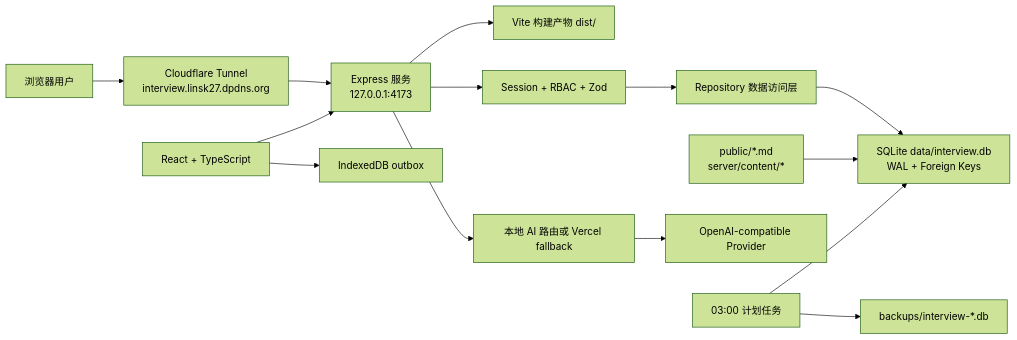
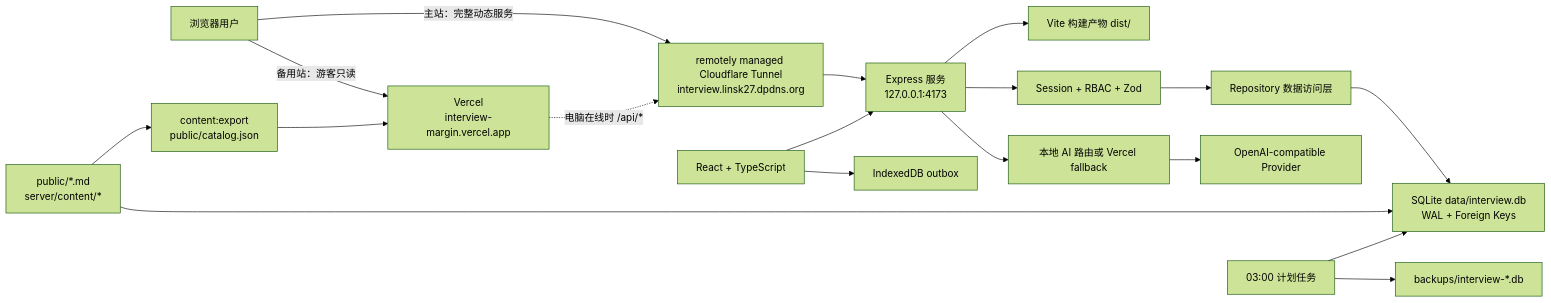
One commit to linsk27/interview-margin changed the first of 2 diagrams in docs/PROJECT_ARCHITECTURE_AND_HANDOFF.md. Above: the diagram before and after it, drawn with Mermaid (forest theme). The commit also changed other lines of this file and 85 other files, not shown here.

````diff
--- a/docs/PROJECT_ARCHITECTURE_AND_HANDOFF.md
+++ b/docs/PROJECT_ARCHITECTURE_AND_HANDOFF.md
@@ -75,16 +88,20 @@
 ```mermaid
 flowchart LR
-  User["浏览器用户"] --> CF["Cloudflare Tunnel\ninterview.linsk27.dpdns.org"]
+  User["浏览器用户"] -->|"主站：完整动态服务"| CF["remotely managed Cloudflare Tunnel\ninterview.linsk27.dpdns.org"]
+  User -->|"备用站：游客只读"| Vercel["Vercel\ninterview-margin.vercel.app"]
   CF --> Express["Express 服务\n127.0.0.1:4173"]
   Express --> Static["Vite 构建产物 dist/"]
   Express --> Auth["Session + RBAC + Zod"]
   Auth --> Repo["Repository 数据访问层"]
   Repo --> DB["SQLite data/interview.db\nWAL + Foreign Keys"]
   Seeds["public/*.md\nserver/content/*"] --> DB
+  Seeds --> Export["content:export\npublic/catalog.json"]
+  Export --> Vercel
+  Vercel -.->|"电脑在线时 /api/*"| CF
   Browser["React + TypeScript"] --> IDB["IndexedDB outbox"]
   Browser --> Express
   Express --> AIProxy["本地 AI 路由或 Vercel fallback"]
   AIProxy --> Provider["OpenAI-compatible Provider"]
   Backup["03:00 计划任务"] --> DB
   Backup --> BackupFiles["backups/interview-*.db"]
 ```
````
